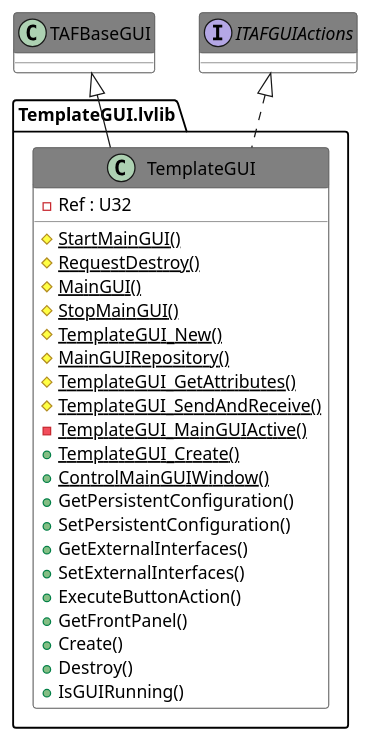
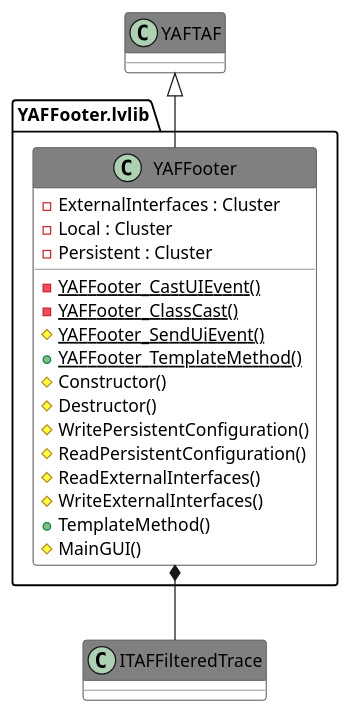
The diagram in Source/Antidoc-Output/Includes/045.adoc (PatriekBruins/TriekselsoftApplicationFramework), drawn with PlantUML before and after one commit. The commit also changed other lines of this file and 692 other files, not shown here.

```diff
--- a/Source/Antidoc-Output/Includes/045.adoc
+++ b/Source/Antidoc-Output/Includes/045.adoc
@@ -8,43 +8,35 @@
 [plantuml, format="svg", align="center"]
 ....
 @startuml
 set namespaceSeparator :
 skinparam ClassBackgroundColor #FFFFFF
 skinparam ClassBorderColor #555555
 skinparam ClassFontColor #000000
 skinparam ClassHeaderBackgroundColor #808080
 
 skinparam top to bottom direction
-class "TemplateGUI.lvlib:TemplateGUI" {
-{field} -Ref : U32
-{static} {method} #StartMainGUI()
-{static} {method} #RequestDestroy()
-{static} {method} #MainGUI()
-{static} {method} #StopMainGUI()
-{static} {method} #TemplateGUI_New()
-{static} {method} #MainGUIRepository()
-{static} {method} #TemplateGUI_GetAttributes()
-{static} {method} #TemplateGUI_SendAndReceive()
-{static} {method} -TemplateGUI_MainGUIActive()
-{static} {method} +TemplateGUI_Create()
-{static} {method} +ControlMainGUIWindow()
-{method} +GetPersistentConfiguration()
-{method} +SetPersistentConfiguration()
-{method} +GetExternalInterfaces()
-{method} +SetExternalInterfaces()
-{method} +ExecuteButtonAction()
-{method} +GetFrontPanel()
-{method} +Create()
-{method} +Destroy()
-{method} +IsGUIRunning()
+class "YAFFooter.lvlib:YAFFooter" {
+{field} -ExternalInterfaces : Cluster
+{field} -Local : Cluster
+{field} -Persistent : Cluster
+{static} {method} -YAFFooter_CastUIEvent()
+{static} {method} -YAFFooter_ClassCast()
+{static} {method} #YAFFooter_SendUiEvent()
+{static} {method} +YAFFooter_TemplateMethod()
+{method} #Constructor()
+{method} #Destructor()
+{method} #WritePersistentConfiguration()
+{method} #ReadPersistentConfiguration()
+{method} #ReadExternalInterfaces()
+{method} #WriteExternalInterfaces()
+{method} +TemplateMethod()
+{method} #MainGUI()
 
 }
-"TAFBaseGUI" <|-- "TemplateGUI.lvlib:TemplateGUI"
-"ITAFGUIActions" <|.. "TemplateGUI.lvlib:TemplateGUI"
-interface "ITAFGUIActions" {}
-
+"YAFTAF" <|-- "YAFFooter.lvlib:YAFFooter"
+"YAFFooter.lvlib:YAFFooter" *-- "ITAFFilteredTrace"
 
 
 
 @enduml
 ....
```
